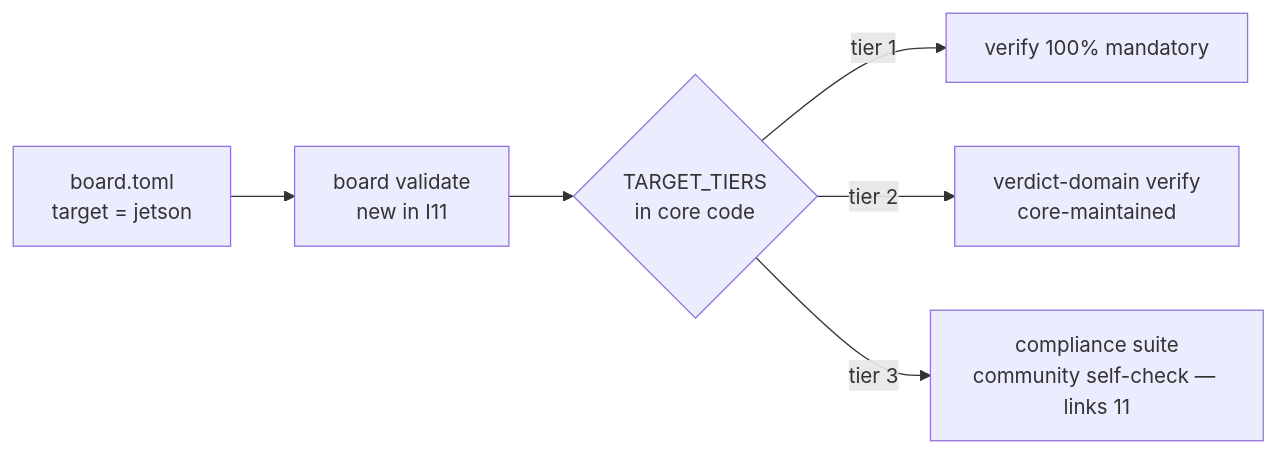
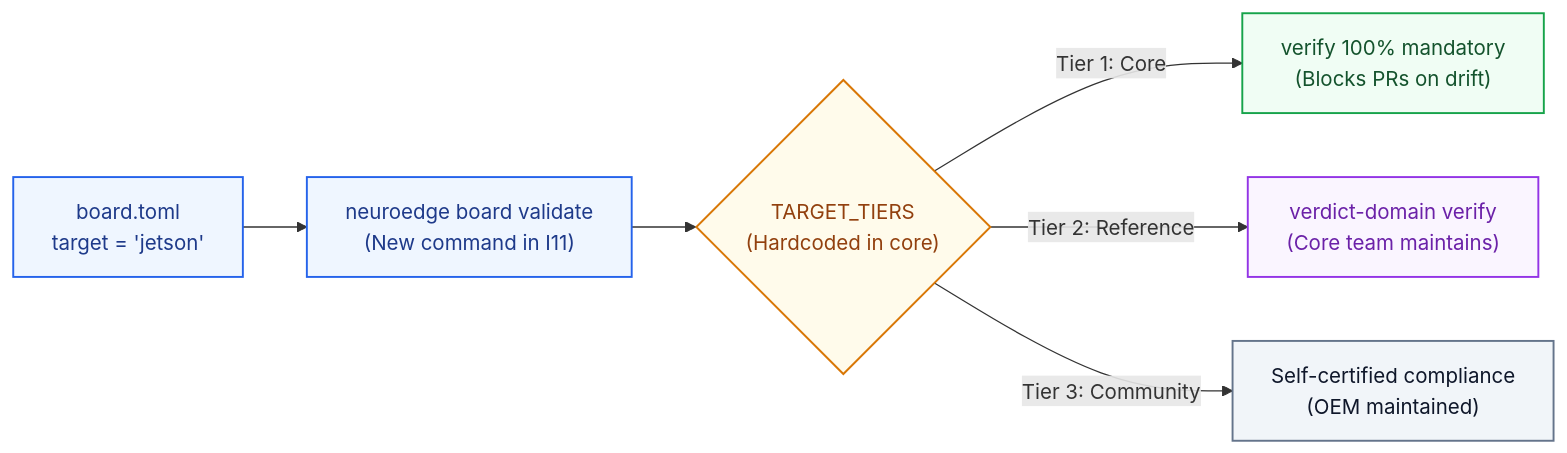
One commit to letrongminh/neuroedge-init changed the third of 5 diagrams in docs/architecture/en/13-evolution-i0-i18.md. Above: the diagram before and after it, drawn with Mermaid. The commit also changed other lines of this file and 35 other files, not shown here.

First line of the commit message:
docs(architecture): comprehensive upgrade of architecture suite, Mermaid diagrams and vector posters

````diff
--- a/docs/architecture/en/13-evolution-i0-i18.md
+++ b/docs/architecture/en/13-evolution-i0-i18.md
@@ -74,8 +124,14 @@
 ```mermaid
 flowchart LR
-    BT[board.toml<br/>target = jetson] --> BV[board validate<br/>new in I11]
-    BV --> TT{TARGET_TIERS<br/>in core code}
-    TT -->|tier 1| V1[verify 100% mandatory]
-    TT -->|tier 2| V2[verdict-domain verify<br/>core-maintained]
-    TT -->|tier 3| V3[compliance suite<br/>community self-check — links 11]
+    classDef step fill:#eff6ff,stroke:#2563eb,color:#1e3a8a,stroke-width:1.5px;
+    classDef tier fill:#fffbeb,stroke:#d97706,color:#92400e,stroke-width:1.5px;
+    classDef v1 fill:#f0fdf4,stroke:#16a34a,color:#14532d,stroke-width:1.5px;
+    classDef v2 fill:#faf5ff,stroke:#9334e6,color:#6b21a8,stroke-width:1.5px;
+    classDef v3 fill:#f1f5f9,stroke:#64748b,color:#0f172a,stroke-width:1.5px;
+
+    BT["board.toml<br/>target = 'jetson'"]:::step --> BV["neuroedge board validate<br/>(New command in I11)"]:::step
+    BV --> TT{"TARGET_TIERS<br/>(Hardcoded in core)"}:::tier
+    TT -->|Tier 1: Core| V1["verify 100% mandatory<br/>(Blocks PRs on drift)"]:::v1
+    TT -->|Tier 2: Reference| V2["verdict-domain verify<br/>(Core team maintains)"]:::v2
+    TT -->|Tier 3: Community| V3["Self-certified compliance<br/>(OEM maintained)"]:::v3
 ```
````
